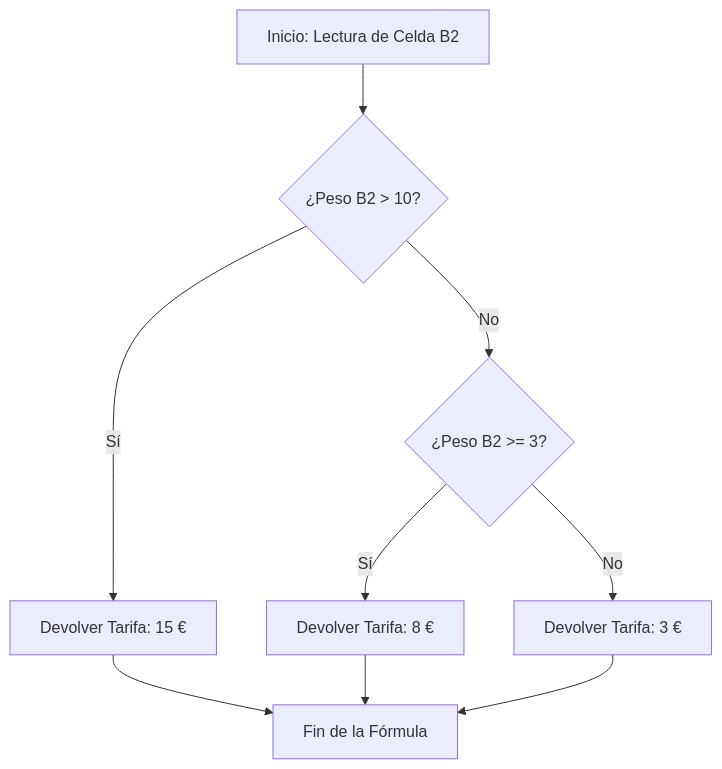
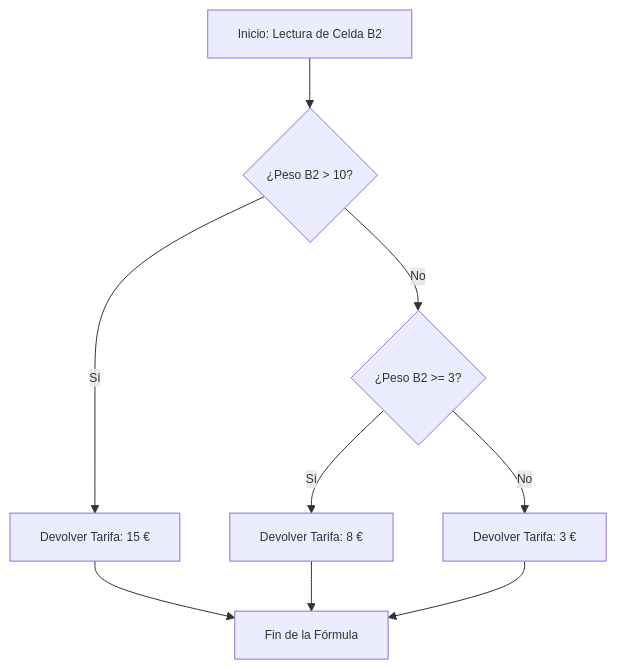
Before and after one commit to belgragar/IFCT56---Excel-avanzado-y-Power-BI: the diagram in Día.md, drawn with Mermaid. The commit also changed other lines of this file, not shown here.

````diff
--- a/Día.md
+++ b/Día.md
@@ -216,12 +192,13 @@
 ```mermaid
+%%{init: {'themeVariables': { 'fontSize': '12px', 'nodeSpacing': 20, 'rankSpacing': 20}}}%%
 flowchart TD
     A[Inicio: Lectura de Celda B2] --> B{¿Peso B2 > 10?}
     B -- Sí --> C[Devolver Tarifa: 15 €]
     B -- No --> D{¿Peso B2 >= 3?}
     D -- Sí --> E[Devolver Tarifa: 8 €]
     D -- No --> F[Devolver Tarifa: 3 €]
     C --> G[Fin de la Fórmula]
     E --> G
     F --> G
 
 ```
````
